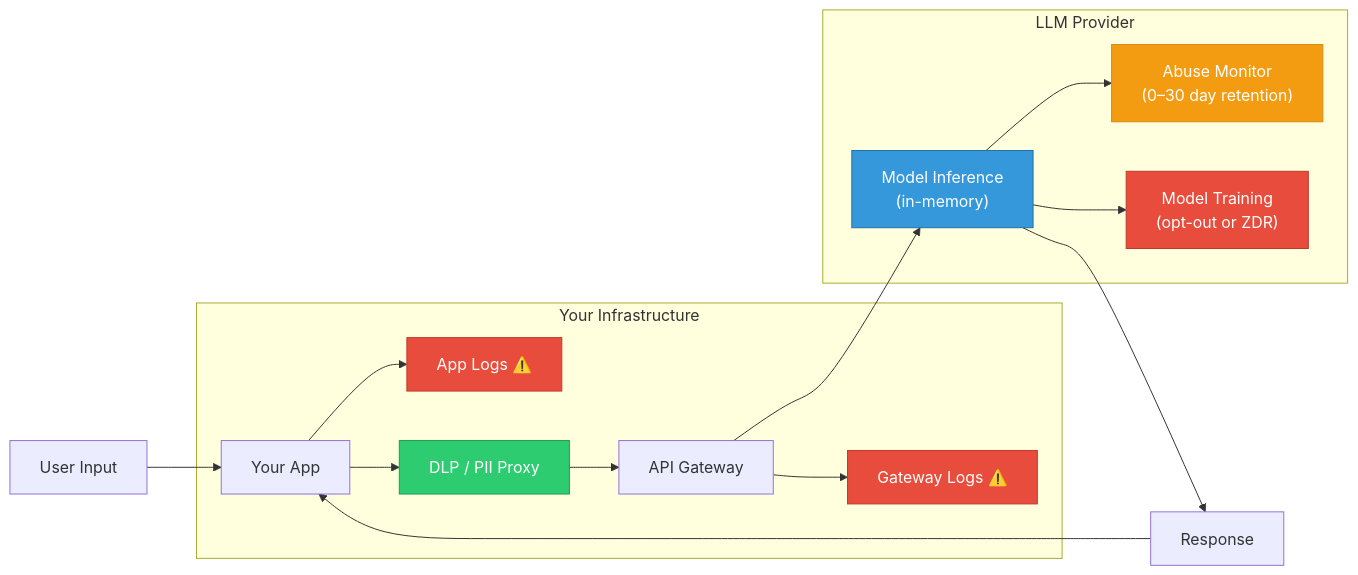
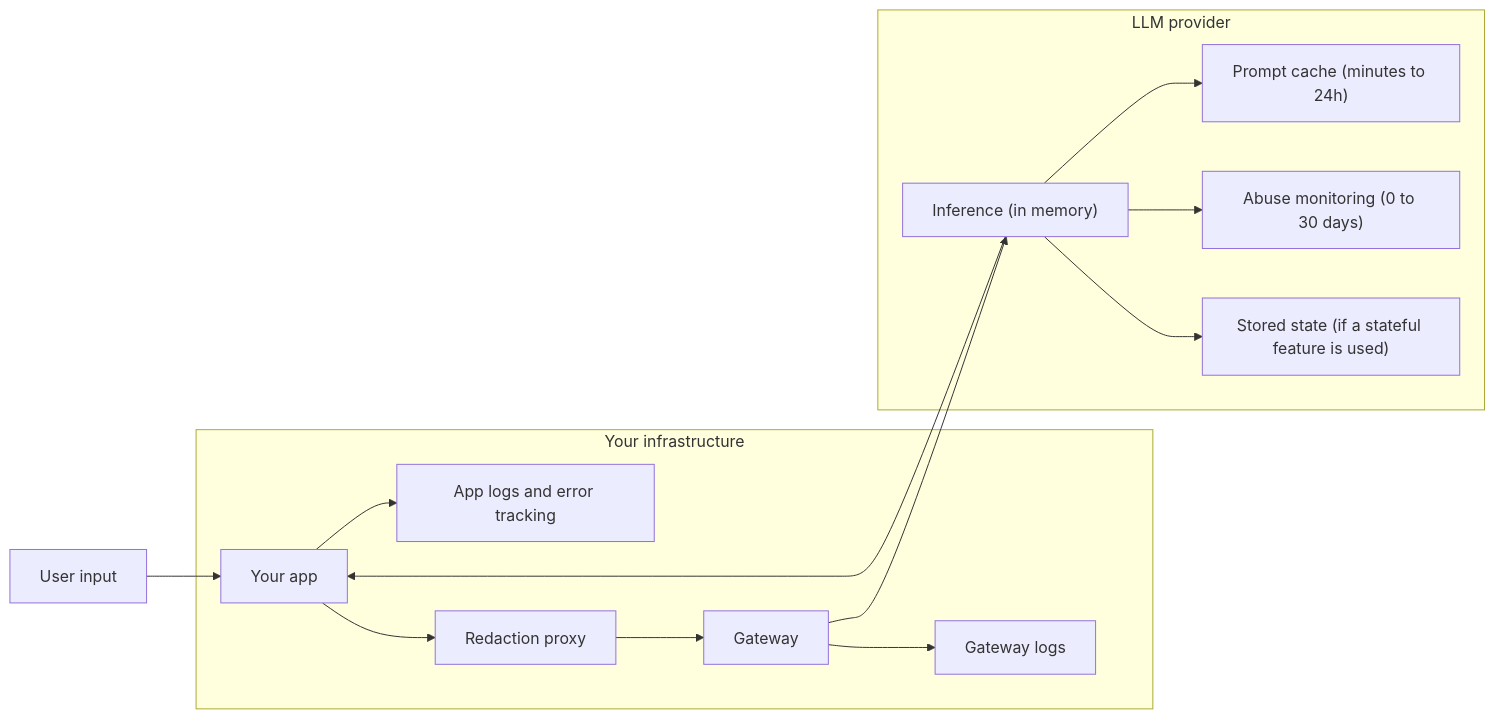
Before and after one commit to abubakarsiddik31/zdr: the diagram in docs/threat-model.md, drawn with Mermaid. The commit also changed other lines of this file and 23 other files, not shown here.

````diff
--- a/docs/threat-model.md
+++ b/docs/threat-model.md
@@ -19,27 +24,20 @@
 ```mermaid
 flowchart LR
-    User["User Input"] --> App["Your App"]
+    User["User input"] --> App["Your app"]
 
-    subgraph YourInfra["Your Infrastructure"]
-        App --> Logs1["App Logs ⚠️"]
-        App --> DLP["DLP / PII Proxy"]
-        DLP --> GW["API Gateway"]
-        GW --> Logs2["Gateway Logs ⚠️"]
+    subgraph YourInfra["Your infrastructure"]
+        App --> Logs1["App logs and error tracking"]
+        App --> DLP["Redaction proxy"]
+        DLP --> GW["Gateway"]
+        GW --> Logs2["Gateway logs"]
     end
 
-    subgraph Provider["LLM Provider"]
-        GW --> Inference["Model Inference\n(in-memory)"]
-        Inference --> Abuse["Abuse Monitor\n(0–30 day retention)"]
-        Inference --> Training["Model Training\n(opt-out or ZDR)"]
+    subgraph Provider["LLM provider"]
+        GW --> Inference["Inference (in memory)"]
+        Inference --> Cache["Prompt cache (minutes to 24h)"]
+        Inference --> Abuse["Abuse monitoring (0 to 30 days)"]
+        Inference --> State["Stored state (if a stateful feature is used)"]
     end
 
-    Inference --> Response["Response"]
-    Response --> App
-
-    style Logs1 fill:#e74c3c,stroke:#c0392b,color:#fff
-    style Logs2 fill:#e74c3c,stroke:#c0392b,color:#fff
-    style Abuse fill:#f39c12,stroke:#d68910,color:#fff
-    style Training fill:#e74c3c,stroke:#c0392b,color:#fff
-    style DLP fill:#2ecc71,stroke:#1a9c54,color:#fff
-    style Inference fill:#3498db,stroke:#2471a3,color:#fff
+    Inference --> App
 ```
````
